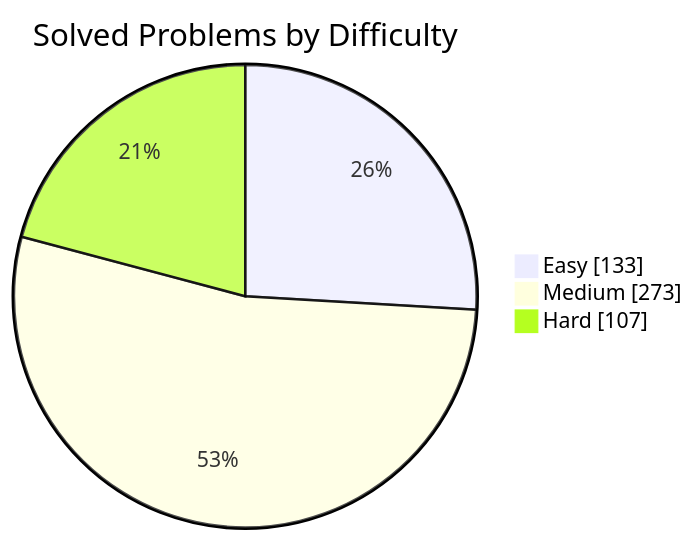
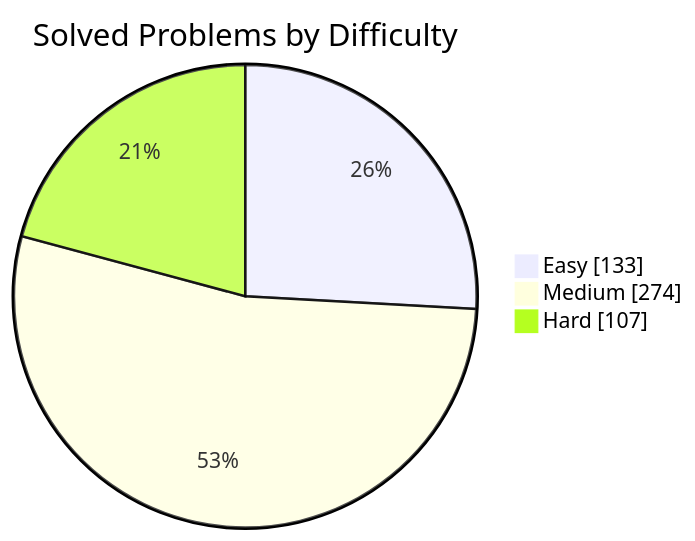
The first of 2 diagrams in README.md (manikantbindass/DSA-Preparation-FAANG), drawn with Mermaid before and after one commit. The commit also changed other lines of this file and 1 other file, not shown here.

````diff
--- a/README.md
+++ b/README.md
@@ -79,7 +79,7 @@
 ```mermaid
 pie showData
     title Solved Problems by Difficulty
     "Easy" : 133
-    "Medium" : 273
+    "Medium" : 274
     "Hard" : 107
 ```
````
